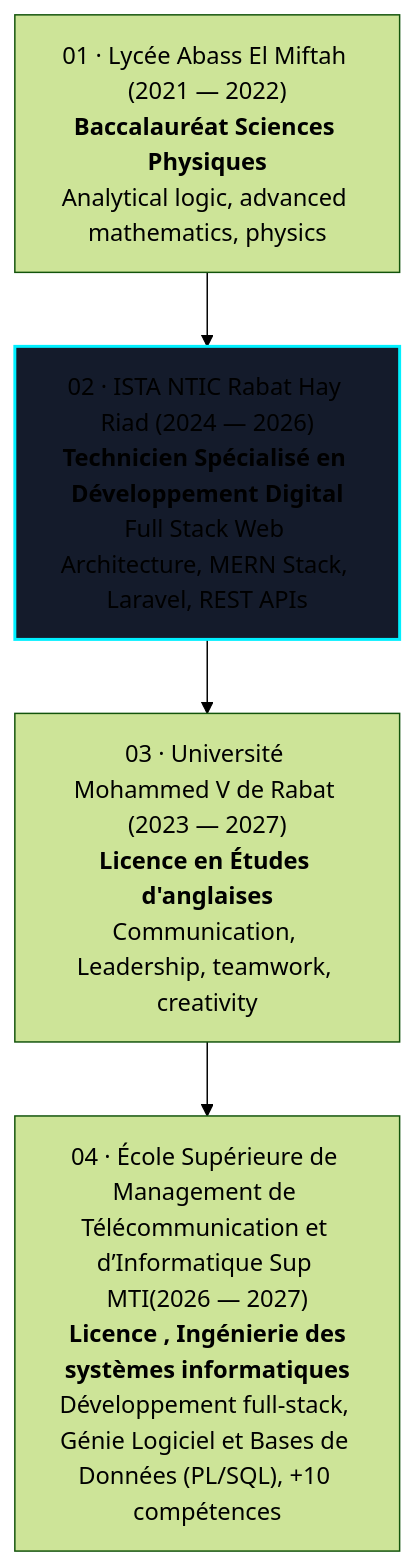
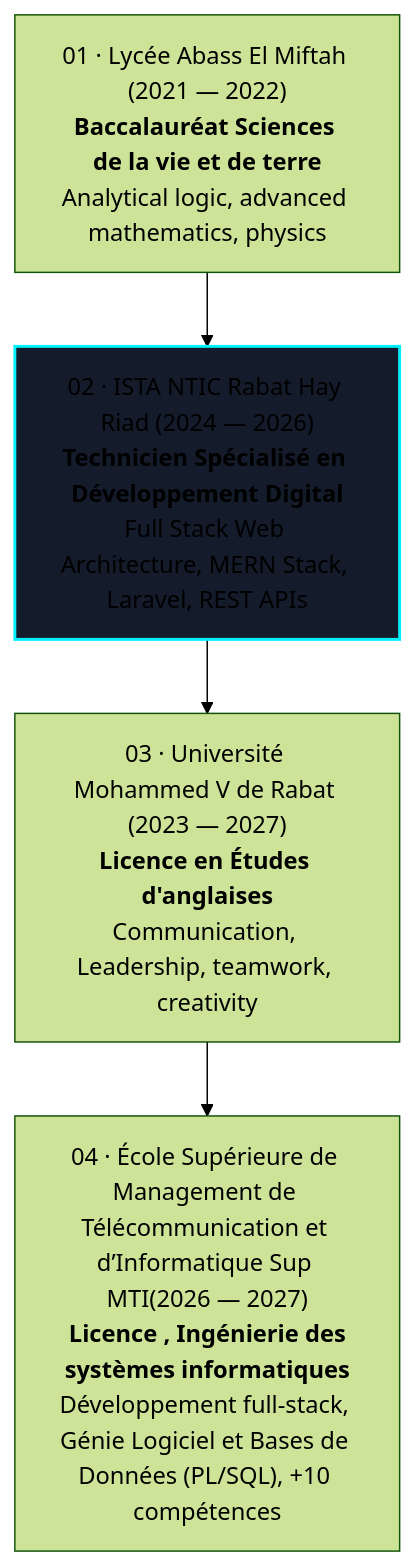
The diagram in README.md (Cherkaoui7/portfolio), drawn with Mermaid (forest theme) before and after one commit.

Commit message:
Update academic background in README.md

````diff
--- a/README.md
+++ b/README.md
@@ -236,12 +236,12 @@
 ```mermaid
 graph TD
-    A["01 · Lycée Abass El Miftah (2021 — 2022)<br/><b>Baccalauréat Sciences Physiques</b><br/>Analytical logic, advanced mathematics, physics"]
+    A["01 · Lycée Abass El Miftah (2021 — 2022)<br/><b>Baccalauréat Sciences de la vie et de terre</b><br/>Analytical logic, advanced mathematics, physics"]
     B["02 · ISTA NTIC Rabat Hay Riad (2024 — 2026)<br/><b>Technicien Spécialisé en Développement Digital</b><br/>Full Stack Web Architecture, MERN Stack, Laravel, REST APIs"]
     C["03 · Université Mohammed V de Rabat (2023 — 2027)<br/><b>Licence en Études d'anglaises</b><br/>Communication, Leadership, teamwork, creativity "]
     D["04 · École Supérieure de Management de Télécommunication et d’Informatique Sup MTI(2026 — 2027)<br/><b> Licence , Ingénierie des systèmes informatiques</b><br/>Développement full-stack, Génie Logiciel et Bases de Données (PL/SQL), +10 compétences "]
 
     A --> B
     B --> C
     C --> D
     style B stroke:#00f0ff,stroke-width:2px,fill:#141b2b
 ```
````
